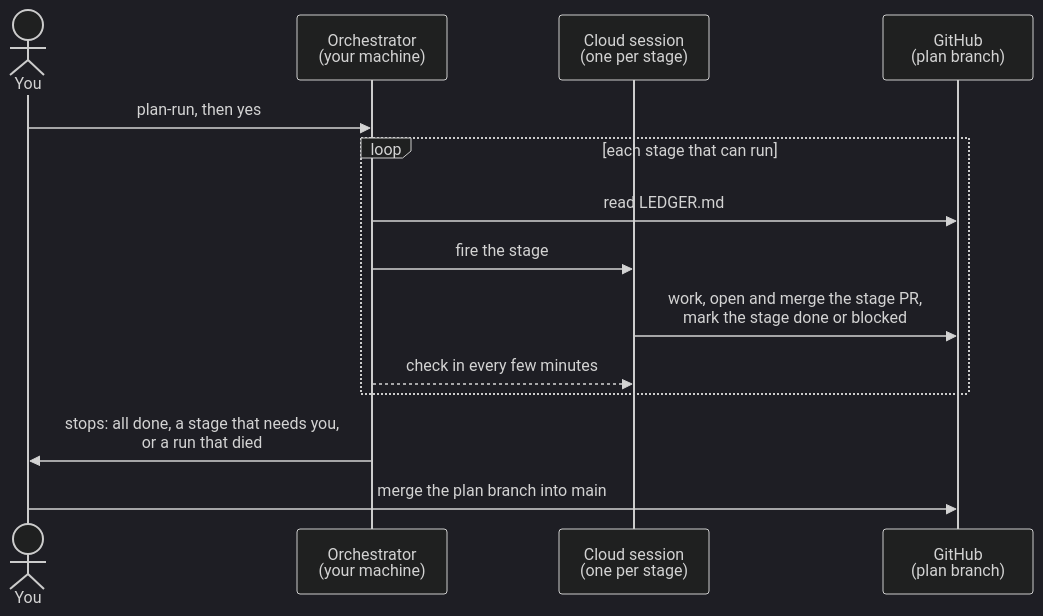
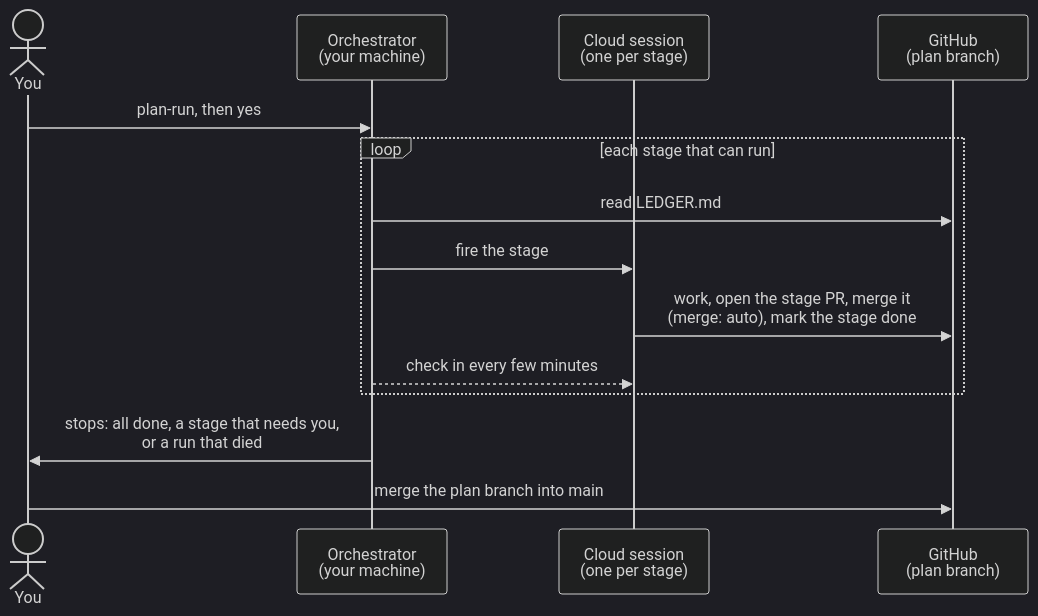
One commit to by-carlos/plan-staged-rollout changed the diagram in docs/ON-THE-RUN.md. Above: the diagram before and after it, drawn with Mermaid (dark theme). The commit also changed other lines of this file and 9 other files, not shown here.

````diff
--- a/docs/ON-THE-RUN.md
+++ b/docs/ON-THE-RUN.md
@@ -14,16 +12,16 @@
 ```mermaid
 sequenceDiagram
     actor You
     participant O as Orchestrator<br/>(your machine)
     participant C as Cloud session<br/>(one per stage)
     participant G as GitHub<br/>(plan branch)
     You->>O: plan-run, then yes
     loop each stage that can run
         O->>G: read LEDGER.md
         O->>C: fire the stage
-        C->>G: work, open and merge the stage PR,<br/>mark the stage done or blocked
+        C->>G: work, open the stage PR, merge it<br/>(merge: auto), mark the stage done
         O-->>C: check in every few minutes
     end
     O->>You: stops: all done, a stage that needs you,<br/>or a run that died
     You->>G: merge the plan branch into main
 ```
````
